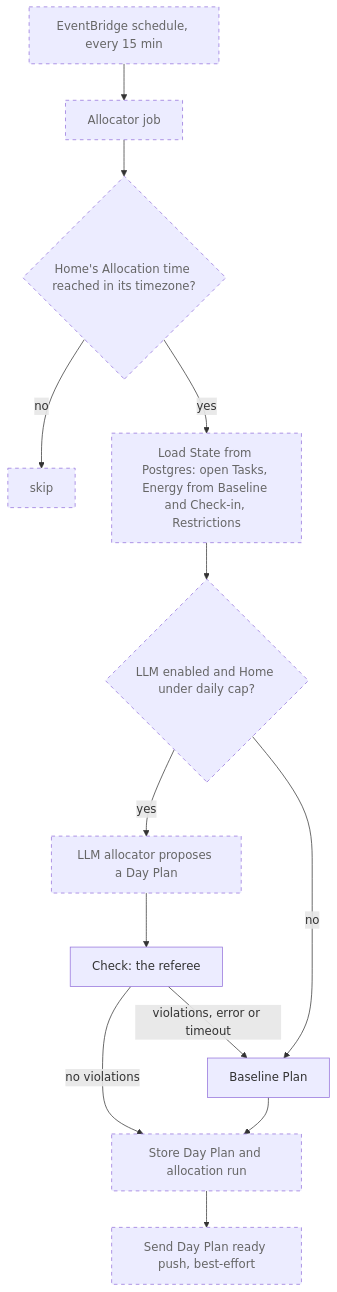
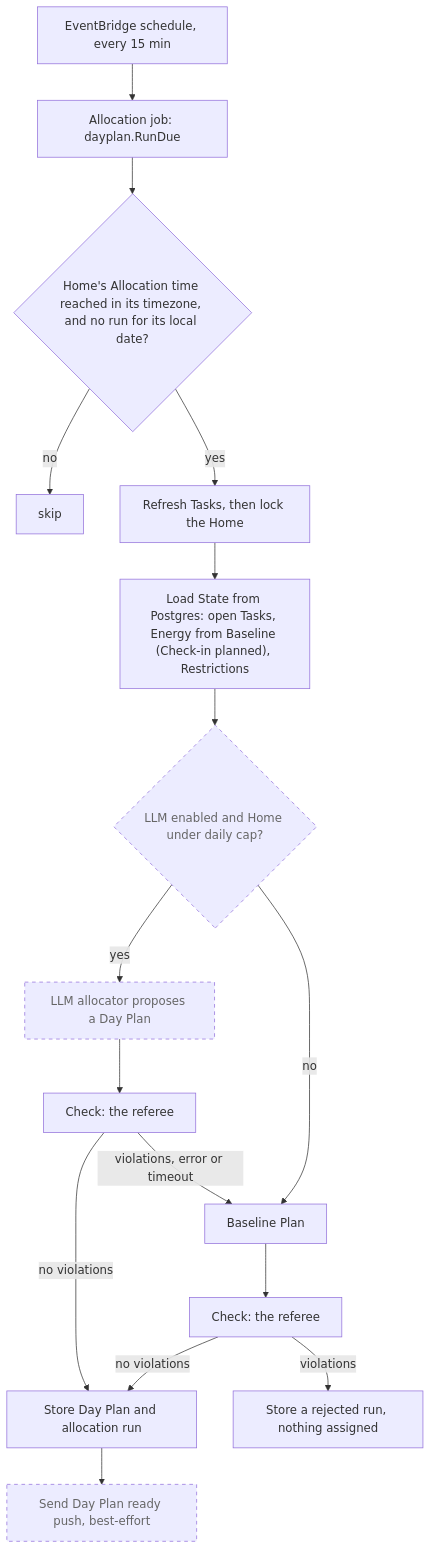
One commit to AbnerWillclefy/Homeowner changed the diagram in docs/architecture/allocation.md. Above: the diagram before and after it, drawn with Mermaid. The commit also changed other lines of this file and 12 other files, not shown here.

Commit message:
feat(infra): schedule the allocation job and document it

````diff
--- a/docs/architecture/allocation.md
+++ b/docs/architecture/allocation.md
@@ -28,17 +39,20 @@
 ```mermaid
 flowchart TD
-    EB["EventBridge schedule, every 15 min"]:::planned --> J["Allocator job"]:::planned
-    J --> H{"Home's Allocation time reached in its timezone?"}:::planned
-    H -->|no| X["skip"]:::planned
-    H -->|yes| L["Load State from Postgres: open Tasks, Energy from Baseline and Check-in, Restrictions"]:::planned
+    EB["EventBridge schedule, every 15 min"] --> J["Allocation job: dayplan.RunDue"]
+    J --> H{"Home's Allocation time reached in its timezone, and no run for its local date?"}
+    H -->|no| X["skip"]
+    H -->|yes| R["Refresh Tasks, then lock the Home"]
+    R --> L["Load State from Postgres: open Tasks, Energy from Baseline (Check-in planned), Restrictions"]
     L --> Q{"LLM enabled and Home under daily cap?"}:::planned
     Q -->|yes| LLM["LLM allocator proposes a Day Plan"]:::planned
     LLM --> CK["Check: the referee"]
     CK -->|no violations| S
     CK -->|violations, error or timeout| B
     Q -->|no| B["Baseline Plan"]
-    B --> S["Store Day Plan and allocation run"]:::planned
+    B --> CK2["Check: the referee"]
+    CK2 -->|no violations| S["Store Day Plan and allocation run"]
+    CK2 -->|violations| RJ["Store a rejected run, nothing assigned"]
     S --> N["Send Day Plan ready push, best-effort"]:::planned
 
     classDef planned stroke-dasharray: 5 5,color:#666
 ```
````
